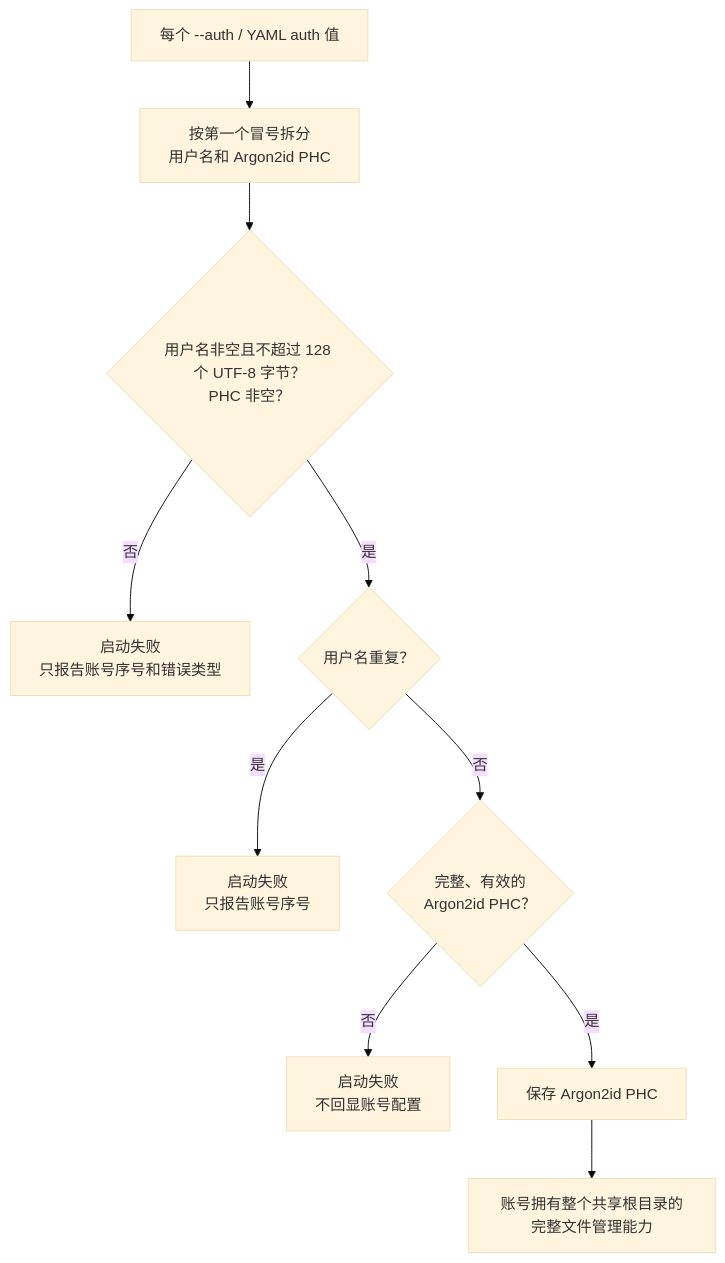
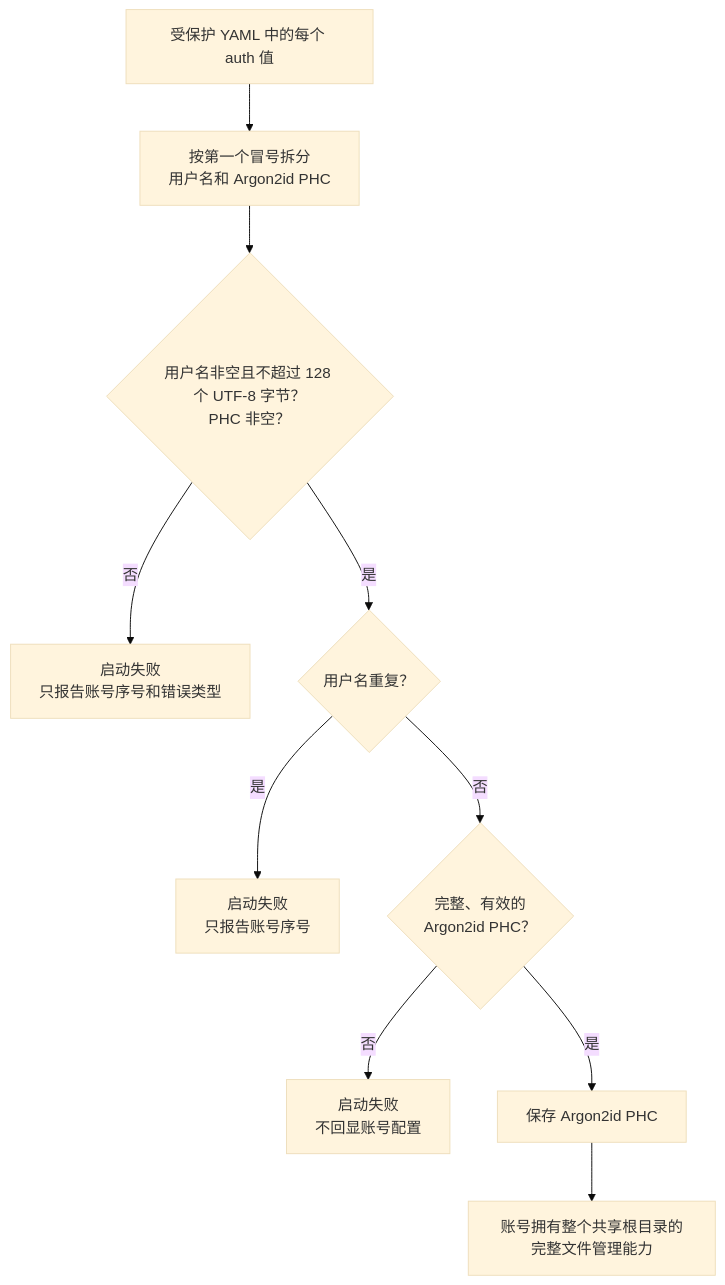
One commit to isarmg/dufs-ram changed the fourth of 22 diagrams in docs/project-workflow.md. Above: the diagram before and after it, drawn with Mermaid (base theme). The commit also changed other lines of this file and 20 other files, not shown here.

````diff
--- a/docs/project-workflow.md
+++ b/docs/project-workflow.md
@@ -173,12 +173,12 @@
 ```mermaid
 flowchart TD
-    RAW["每个 --auth / YAML auth 值"] --> SPLIT["按第一个冒号拆分<br/>用户名和 Argon2id PHC"]
+    RAW["受保护 YAML 中的每个 auth 值"] --> SPLIT["按第一个冒号拆分<br/>用户名和 Argon2id PHC"]
     SPLIT --> VALID{"用户名非空且不超过 128 个 UTF-8 字节？<br/>PHC 非空？"}
     VALID -- 否 --> ERROR1["启动失败<br/>只报告账号序号和错误类型"]
     VALID -- 是 --> DUP{"用户名重复？"}
     DUP -- 是 --> ERROR2["启动失败<br/>只报告账号序号"]
     DUP -- 否 --> PHC{"完整、有效的<br/>Argon2id PHC？"}
     PHC -- 否 --> ERROR3["启动失败<br/>不回显账号配置"]
     PHC -- 是 --> STORE["保存 Argon2id PHC"]
     STORE --> FULL["账号拥有整个共享根目录的完整文件管理能力"]
 ```
````
